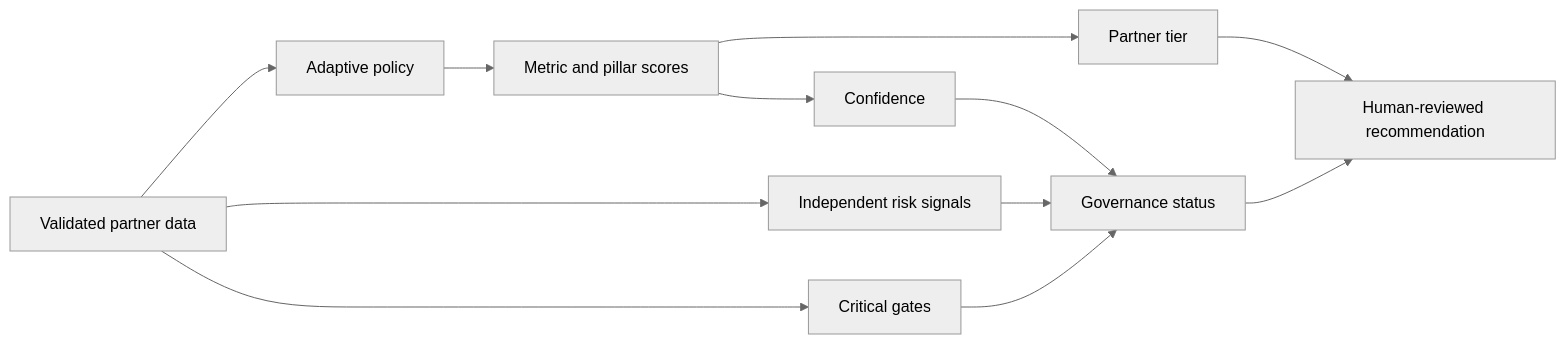
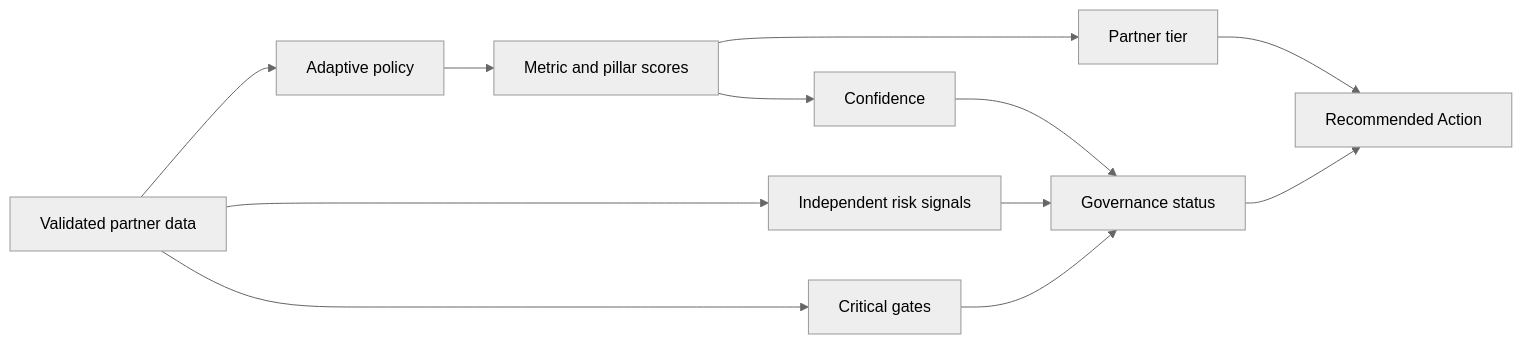
One commit to Felix-0521/Adaptive-channel-governance changed the diagram in README.md. Above: the diagram before and after it, drawn with Mermaid (neutral theme). The commit also changed other lines of this file and 5 other files, not shown here.

````diff
--- a/README.md
+++ b/README.md
@@ -25,14 +25,14 @@
 ```mermaid
 flowchart LR
     A[Validated partner data] --> B[Adaptive policy]
     B --> C[Metric and pillar scores]
     C --> D[Confidence]
     A --> E[Independent risk signals]
     A --> F[Critical gates]
     C --> G[Partner tier]
     D --> H[Governance status]
     E --> H
     F --> H
-    G --> I[Human-reviewed recommendation]
+    G --> I[Recommended Action]
     H --> I
 ```
````
